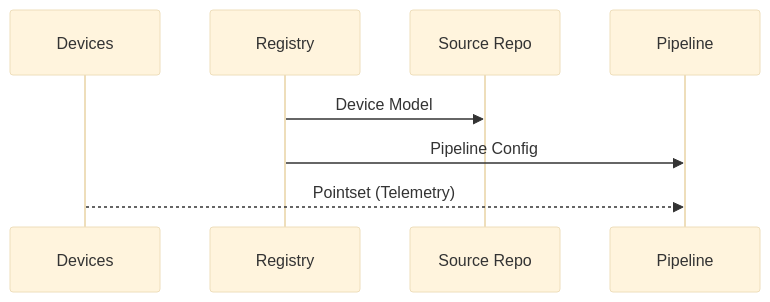
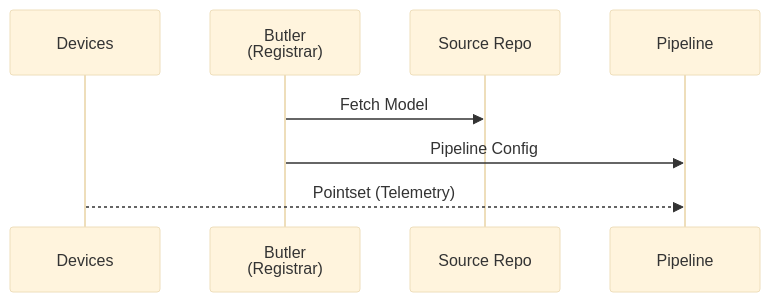
One commit to grafnu/udmi changed the diagram in docs/specs/provisioning.md. Above: the diagram before and after it, drawn with Mermaid (base theme).

Commit message:
Update provisioning spec to use Butler (Registrar) and Fetch Model
TAG=agy

CONV=f0ce9094-0c42-4b33-a426-7de9fd846e4e

````diff
--- a/docs/specs/provisioning.md
+++ b/docs/specs/provisioning.md
@@ -13,11 +13,11 @@
 ```mermaid
 sequenceDiagram
   %%{wrap}%%
   participant Devices
-  participant Registry
+  participant Butler as Butler<br/>(Registrar)
   participant Source Repo
   participant Pipeline
-  Registry->>Source Repo: Device Model
-  Registry->>Pipeline: Pipeline Config
+  Butler->>Source Repo: Fetch Model
+  Butler->>Pipeline: Pipeline Config
   Devices-->>Pipeline: Pointset (Telemetry)
 ```
````
